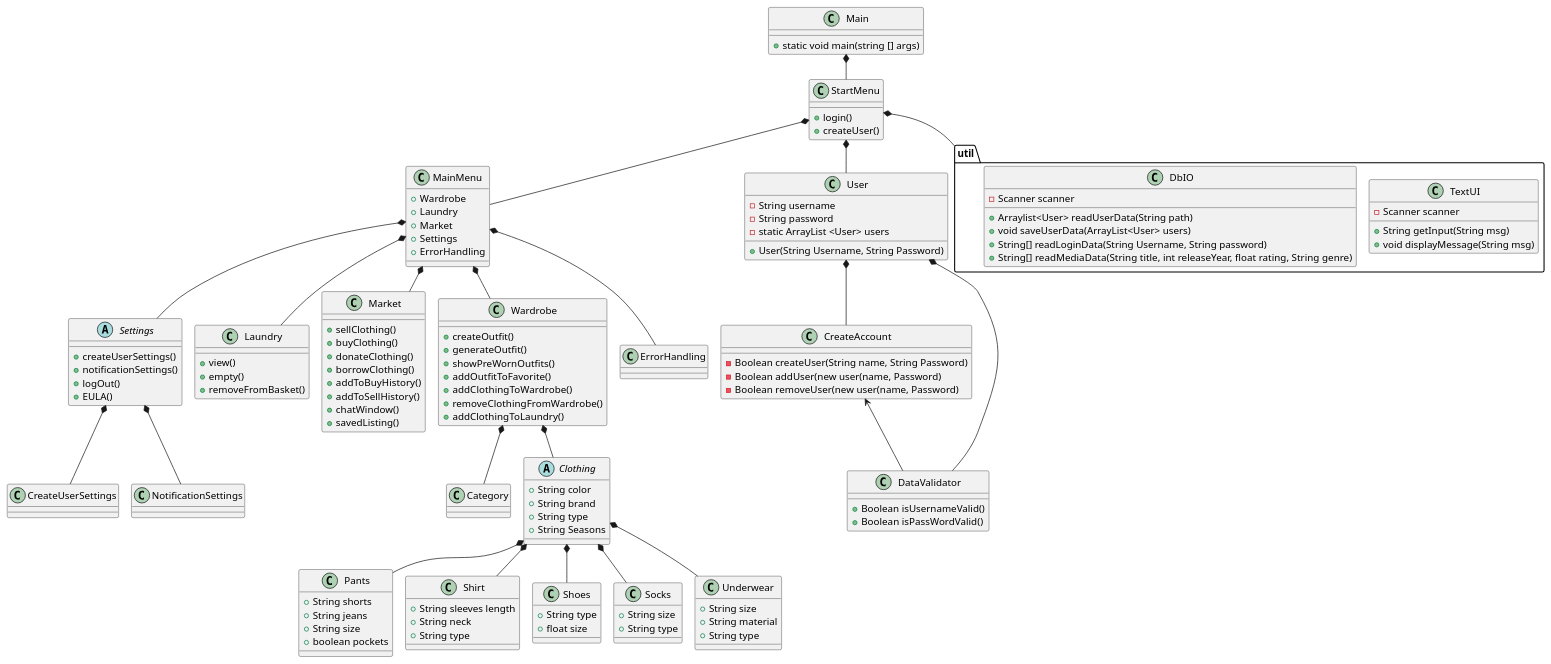
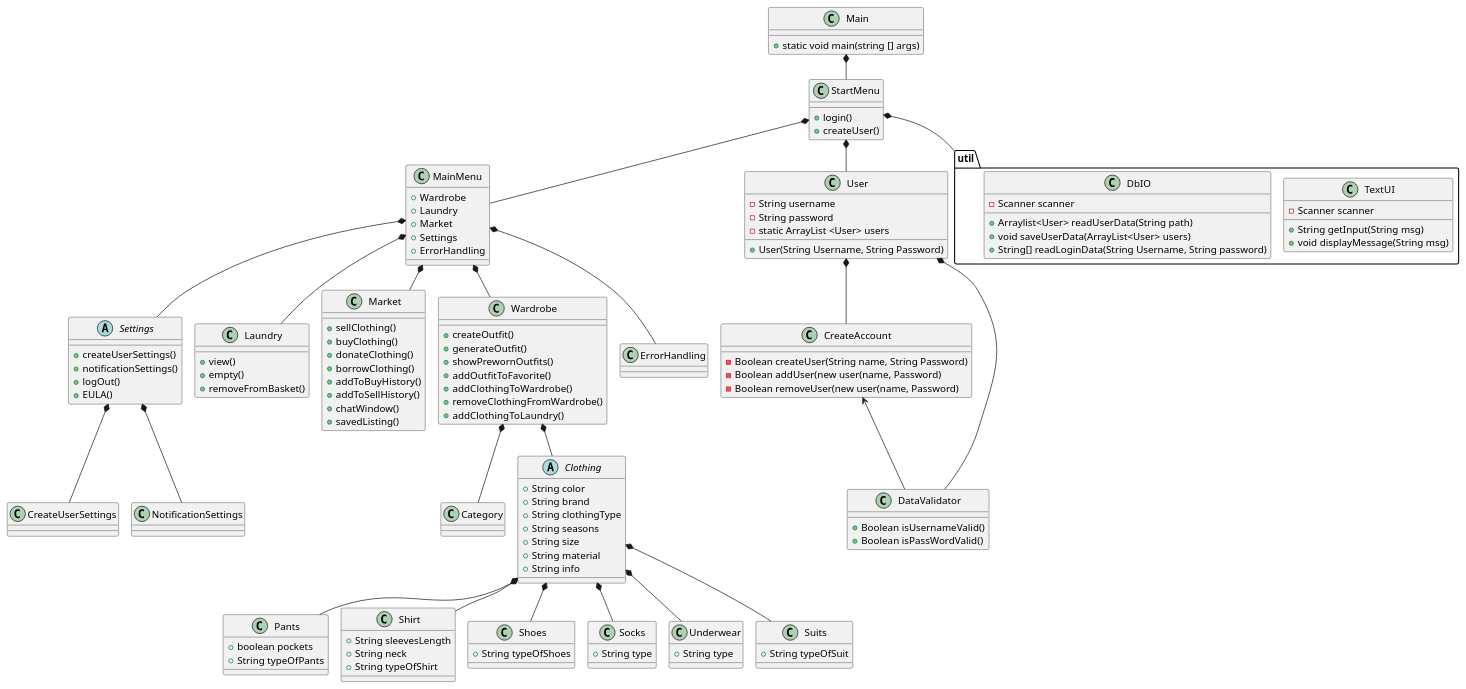
The diagram in doc/static/ClassDiagram.puml (PatrickPlease/ICE-Please), drawn with PlantUML before and after one commit. The commit also changed 7 other files, not shown here.

```diff
--- a/doc/static/ClassDiagram.puml
+++ b/doc/static/ClassDiagram.puml
@@ -1,152 +1,153 @@
 @startuml
 'Domænemodellen giver nye entity klasser
 'Pakker, model og util
 !pragma layout smetana
 
 class Main
 class StartMenu
 class MainMenu
 
 class CreateAccount
 class User
 class DataValidator
 
 Abstract Settings
 
 class Laundry
 class Market
 class Wardrobe
 class ErrorHandling
 class Category
 
 class CreateUserSettings
 class NotificationSettings
 
 Abstract Clothing
 class Pants
 class Shirt
 class Shoes
 class Socks
 class Underwear
+class Suits
 
 package "util"{
        class TextUI
        class DbIO
        }
 Main *-- StartMenu
 StartMenu *-- MainMenu
 MainMenu *-- Settings
 MainMenu *-- Laundry
 MainMenu *-- Market
 MainMenu *-- Wardrobe
 MainMenu *-- ErrorHandling
 Wardrobe *-- Category
 
 User *-- DataValidator
 CreateAccount <-- DataValidator
 User *-- CreateAccount
 Settings *-- CreateUserSettings
 Settings *-- NotificationSettings
 Wardrobe *-- Clothing
 Clothing *-- Shoes
 Clothing *-- Shirt
 Clothing *-- Pants
 Clothing *-- Socks
 Clothing *-- Underwear
+Clothing *-- Suits
 
 StartMenu *-- util
 StartMenu *-- User
 
 StartMenu : + login()
 StartMenu : + createUser()
 
 MainMenu : + Wardrobe
 MainMenu : + Laundry
 MainMenu : + Market
 MainMenu : + Settings
 MainMenu : + ErrorHandling
 
 Clothing : + String color
 Clothing : + String brand
-Clothing : + String type
-Clothing : + String Seasons
+Clothing : + String clothingType
+Clothing : + String seasons
+Clothing : + String size
+Clothing : + String material
+Clothing : + String info
 
-Shoes : + String type
-Shoes : + float size
+Shoes : + String typeOfShoes
 
-Shirt : + String sleeves length
+Shirt : + String sleevesLength
 Shirt : + String neck
-Shirt : + String type
+Shirt : + String typeOfShirt
 
-Pants : + String shorts
-Pants : + String jeans
-Pants : + String size
+Suits : + String typeOfSuit
+
 Pants : + boolean pockets
+Pants : + String typeOfPants
 
-Socks : + String size
 Socks : + String type
 
-Underwear : + String size
-Underwear : + String material
 Underwear : + String type
 
 Market : + sellClothing()
 Market : + buyClothing()
 Market : + donateClothing()
 Market : + borrowClothing()
 Market : + addToBuyHistory()
 Market : + addToSellHistory()
 Market : + chatWindow()
 Market : + savedListing()
 
 Wardrobe : + createOutfit()
 Wardrobe : + generateOutfit()
-Wardrobe : + showPreWornOutfits()
+Wardrobe : + showPrewornOutfits()
 Wardrobe : + addOutfitToFavorite()
 Wardrobe : + addClothingToWardrobe()
 Wardrobe : + removeClothingFromWardrobe()
 Wardrobe : + addClothingToLaundry()
 
 Settings : + createUserSettings()
 Settings : + notificationSettings()
 Settings : + logOut()
 Settings : + EULA()
 
 Laundry : + view()
 Laundry : + empty()
 Laundry : + removeFromBasket()
 
 
 Main : + static void main(string [] args)
 
 User : - String username
 User : - String password
 User : - static ArrayList <User> users
 
 
 User : + User(String Username, String Password)
 
 
 DataValidator : + Boolean isUsernameValid()
 DataValidator : + Boolean isPassWordValid()
 '-----------
 
 CreateAccount : - Boolean createUser(String name, String Password)
 CreateAccount : - Boolean addUser(new user(name, Password)
 CreateAccount : - Boolean removeUser(new user(name, Password)
 
 
 DbIO : - Scanner scanner
 
 '---_new-----
 DbIO : + Arraylist<User> readUserData(String path)
 DbIO : + void saveUserData(ArrayList<User> users)
 DbIO : + String[] readLoginData(String Username, String password)
-DbIO : + String[] readMediaData(String title, int releaseYear, float rating, String genre)
+
 '-----------
 
 TextUI : + String getInput(String msg)
 TextUI : - Scanner scanner
 TextUI : + void displayMessage(String msg)
 
 @enduml
```
